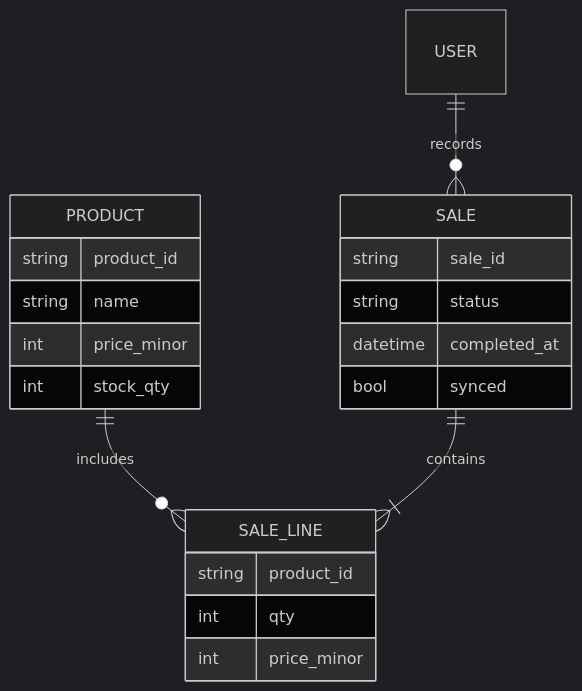
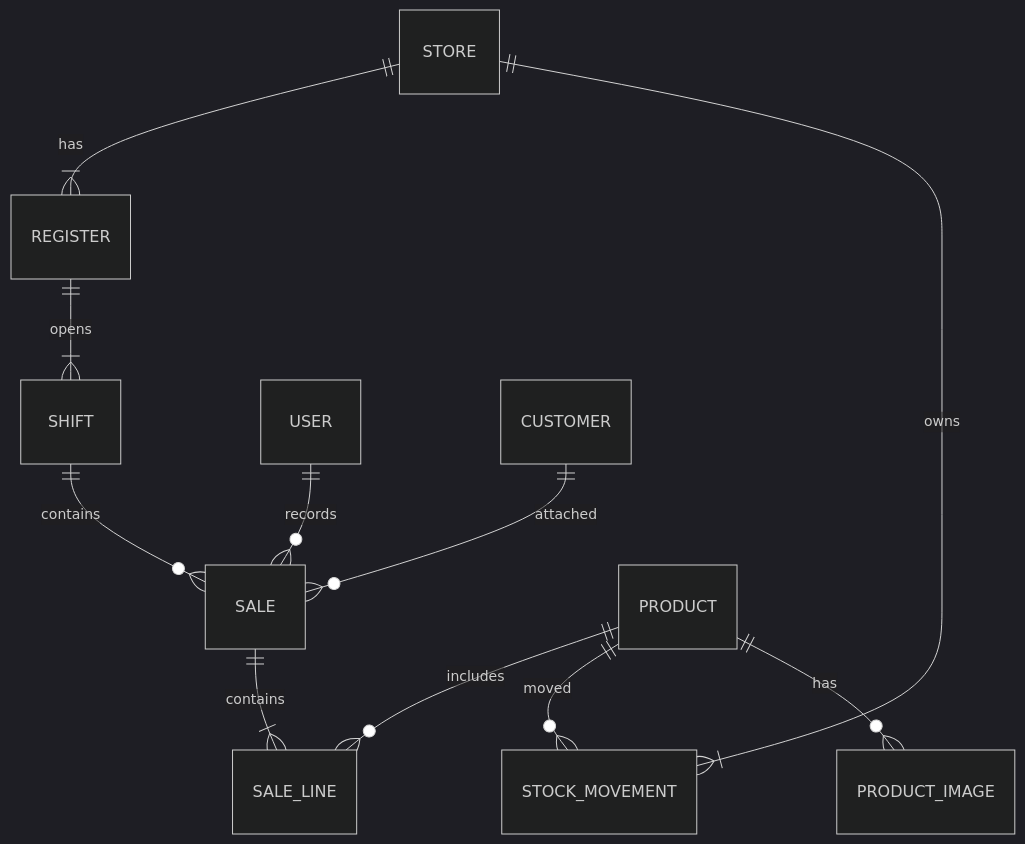
Before and after one commit to asafruddin/project-pos: the third of 3 diagrams in _bmad-output/planning-artifacts/architecture/architecture-pos-apps-2026-08-05/ARCHITECTURE-SPINE.md, drawn with Mermaid (dark theme). The commit also changed other lines of this file and 272 other files, not shown here.

````diff
--- a/_bmad-output/planning-artifacts/architecture/architecture-pos-apps-2026-08-05/ARCHITECTURE-SPINE.md
+++ b/_bmad-output/planning-artifacts/architecture/architecture-pos-apps-2026-08-05/ARCHITECTURE-SPINE.md
@@ -190,23 +247,13 @@
 ```mermaid
 erDiagram
+  STORE ||--|{ REGISTER : has
+  STORE ||--|{ STOCK_MOVEMENT : owns
+  REGISTER ||--|{ SHIFT : opens
+  SHIFT ||--o{ SALE : contains
   USER ||--o{ SALE : records
   PRODUCT ||--o{ SALE_LINE : includes
+  PRODUCT ||--o{ STOCK_MOVEMENT : moved
+  PRODUCT ||--o{ PRODUCT_IMAGE : has
   SALE ||--|{ SALE_LINE : contains
-  PRODUCT {
-    string product_id
-    string name
-    int price_minor
-    int stock_qty
-  }
-  SALE {
-    string sale_id
-    string status
-    datetime completed_at
-    bool synced
-  }
-  SALE_LINE {
-    string product_id
-    int qty
-    int price_minor
-  }
+  CUSTOMER ||--o{ SALE : attached
 ```
````
